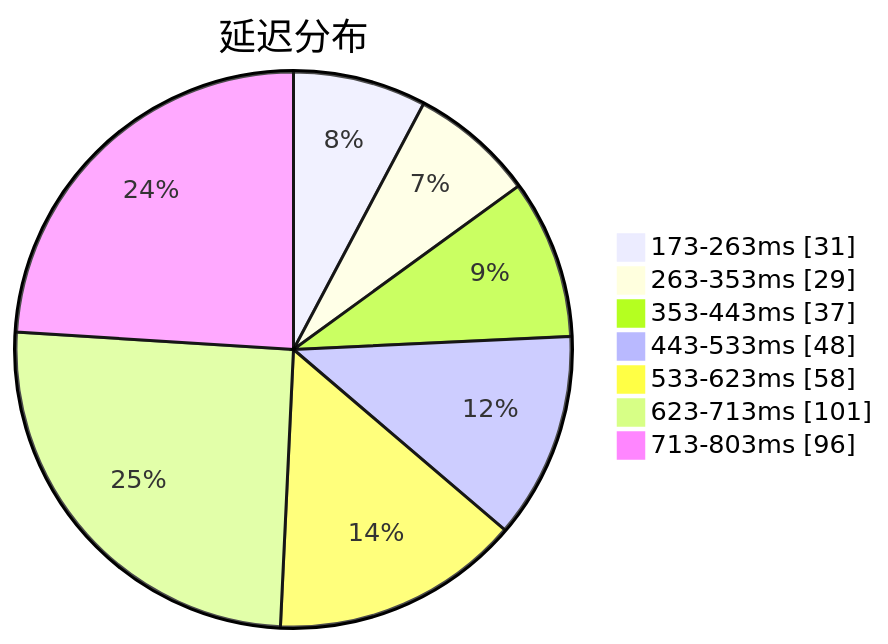
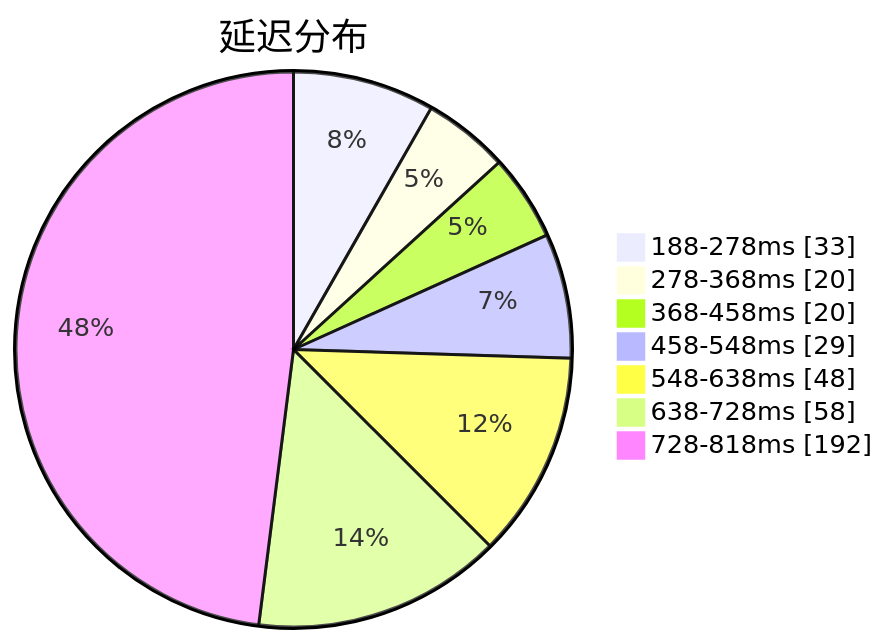
One commit to qjlxg/airport changed the first of 3 diagrams in subs/statistics/tested_within.md. Above: the diagram before and after it, drawn with Mermaid. The commit also changed other lines of this file and 2 other files, not shown here.

````diff
--- a/subs/statistics/tested_within.md
+++ b/subs/statistics/tested_within.md
@@ -2,11 +2,11 @@
 ```mermaid
 pie showData
 title 延迟分布
-"173-263ms" : 31
-"263-353ms" : 29
-"353-443ms" : 37
-"443-533ms" : 48
-"533-623ms" : 58
-"623-713ms" : 101
-"713-803ms" : 96
+"188-278ms" : 33
+"278-368ms" : 20
+"368-458ms" : 20
+"458-548ms" : 29
+"548-638ms" : 48
+"638-728ms" : 58
+"728-818ms" : 192
 ```
````
